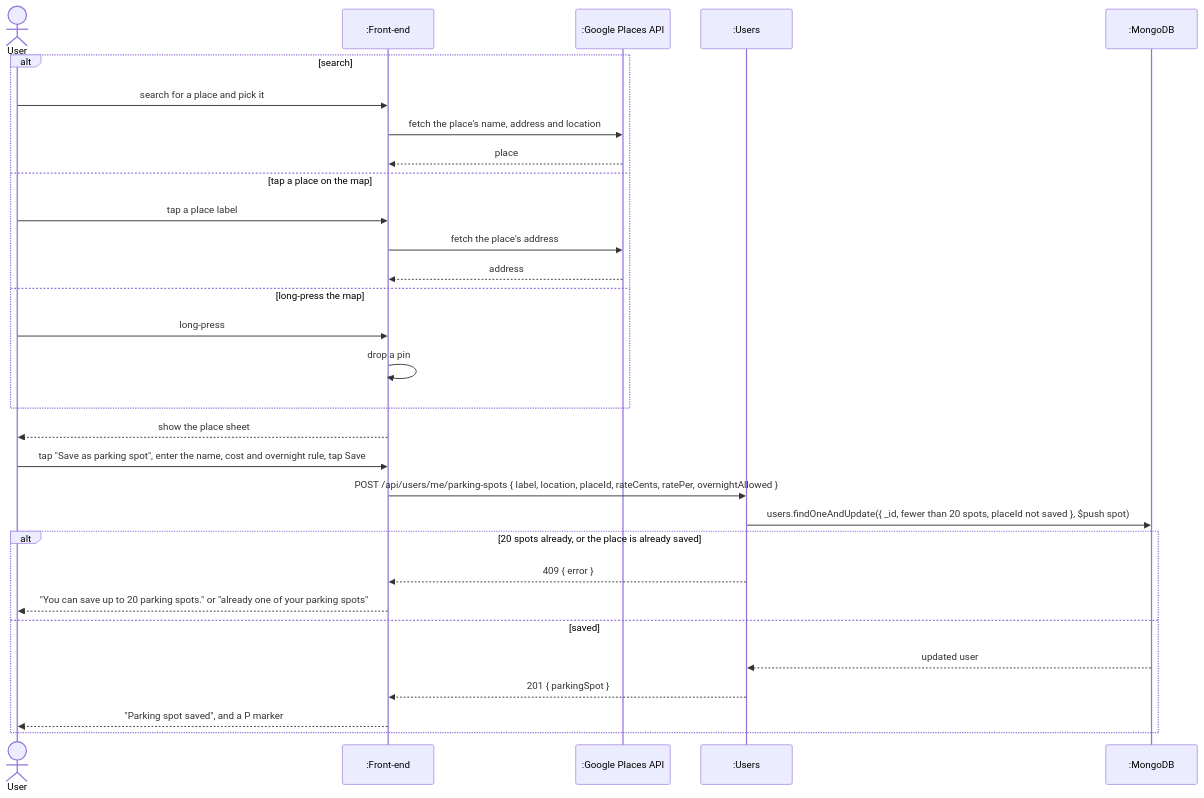
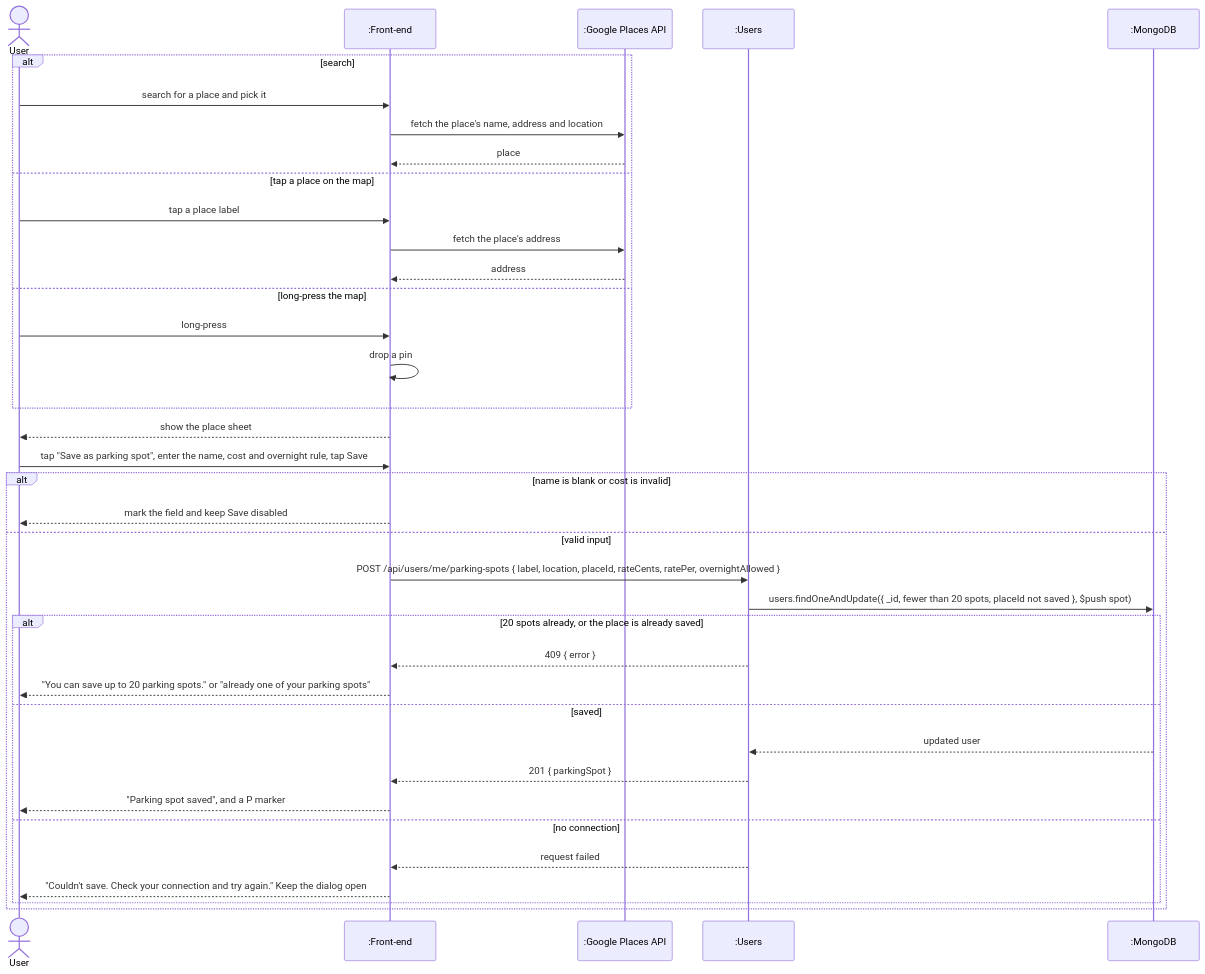
One commit to adamdeleeuw/trailmix changed the fifth of 6 diagrams in documentation/Requirements_and_Design.md. Above: the diagram before and after it, drawn with Mermaid. The commit also changed other lines of this file, not shown here.

Commit message:
updated sequence diagram to include more failure cases

````diff
--- a/documentation/Requirements_and_Design.md
+++ b/documentation/Requirements_and_Design.md
@@ -614,33 +650,40 @@
 ```mermaid
 sequenceDiagram
     actor User
     participant App as :Front-end
     participant Places as :Google Places API
     participant Users as :Users
     participant DB as :MongoDB
 
     alt search
         User->>App: search for a place and pick it
         App->>Places: fetch the place's name, address and location
         Places-->>App: place
     else tap a place on the map
         User->>App: tap a place label
         App->>Places: fetch the place's address
         Places-->>App: address
     else long-press the map
         User->>App: long-press
         App->>App: drop a pin
     end
     App-->>User: show the place sheet
     User->>App: tap "Save as parking spot", enter the name, cost and overnight rule, tap Save
-    App->>Users: POST /api/users/me/parking-spots { label, location, placeId, rateCents, ratePer, overnightAllowed }
-    Users->>DB: users.findOneAndUpdate({ _id, fewer than 20 spots, placeId not saved }, $push spot)
-    alt 20 spots already, or the place is already saved
-        Users-->>App: 409 { error }
-        App-->>User: "You can save up to 20 parking spots." or "already one of your parking spots"
-    else saved
-        DB-->>Users: updated user
-        Users-->>App: 201 { parkingSpot }
-        App-->>User: "Parking spot saved", and a P marker
+    alt name is blank or cost is invalid
+        App-->>User: mark the field and keep Save disabled
+    else valid input
+        App->>Users: POST /api/users/me/parking-spots { label, location, placeId, rateCents, ratePer, overnightAllowed }
+        Users->>DB: users.findOneAndUpdate({ _id, fewer than 20 spots, placeId not saved }, $push spot)
+        alt 20 spots already, or the place is already saved
+            Users-->>App: 409 { error }
+            App-->>User: "You can save up to 20 parking spots." or "already one of your parking spots"
+        else saved
+            DB-->>Users: updated user
+            Users-->>App: 201 { parkingSpot }
+            App-->>User: "Parking spot saved", and a P marker
+        else no connection
+            Users-->>App: request failed
+            App-->>User: "Couldn't save. Check your connection and try again." Keep the dialog open
+        end
     end
 ```
````
